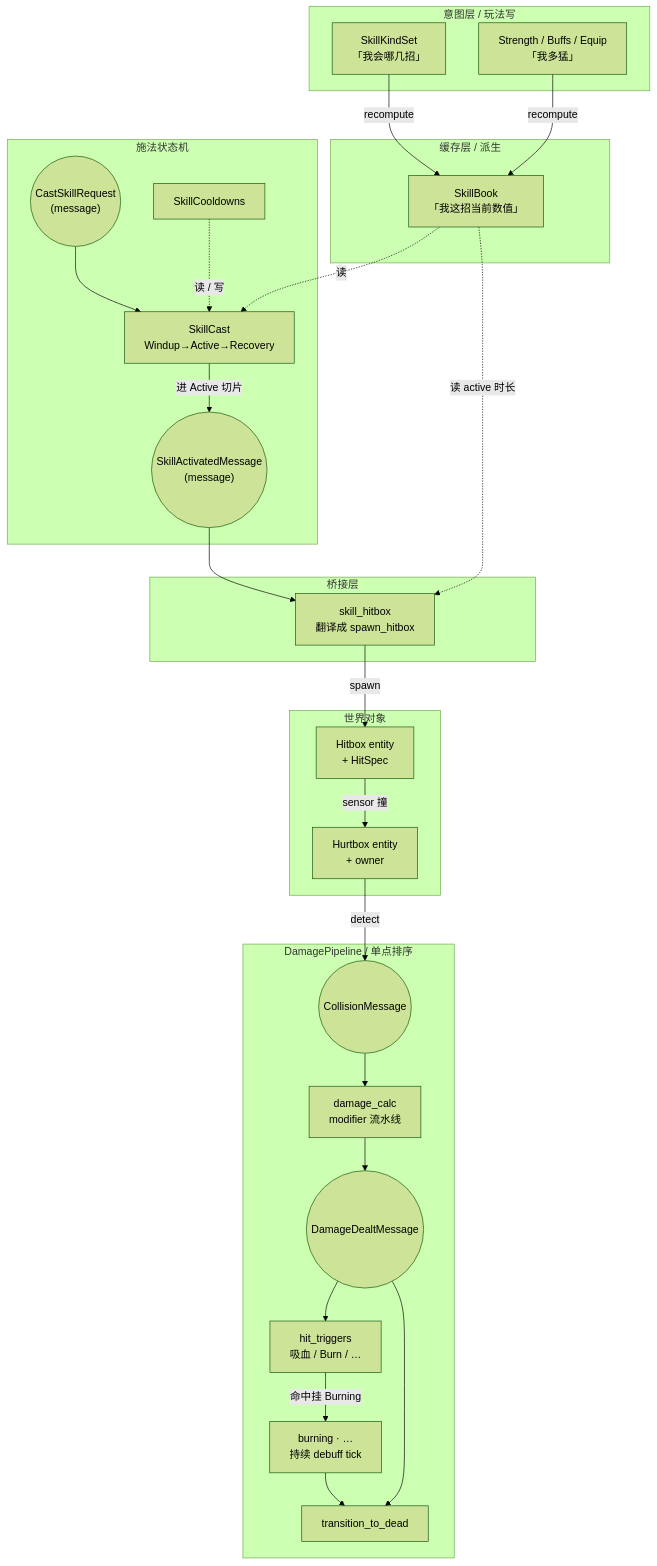
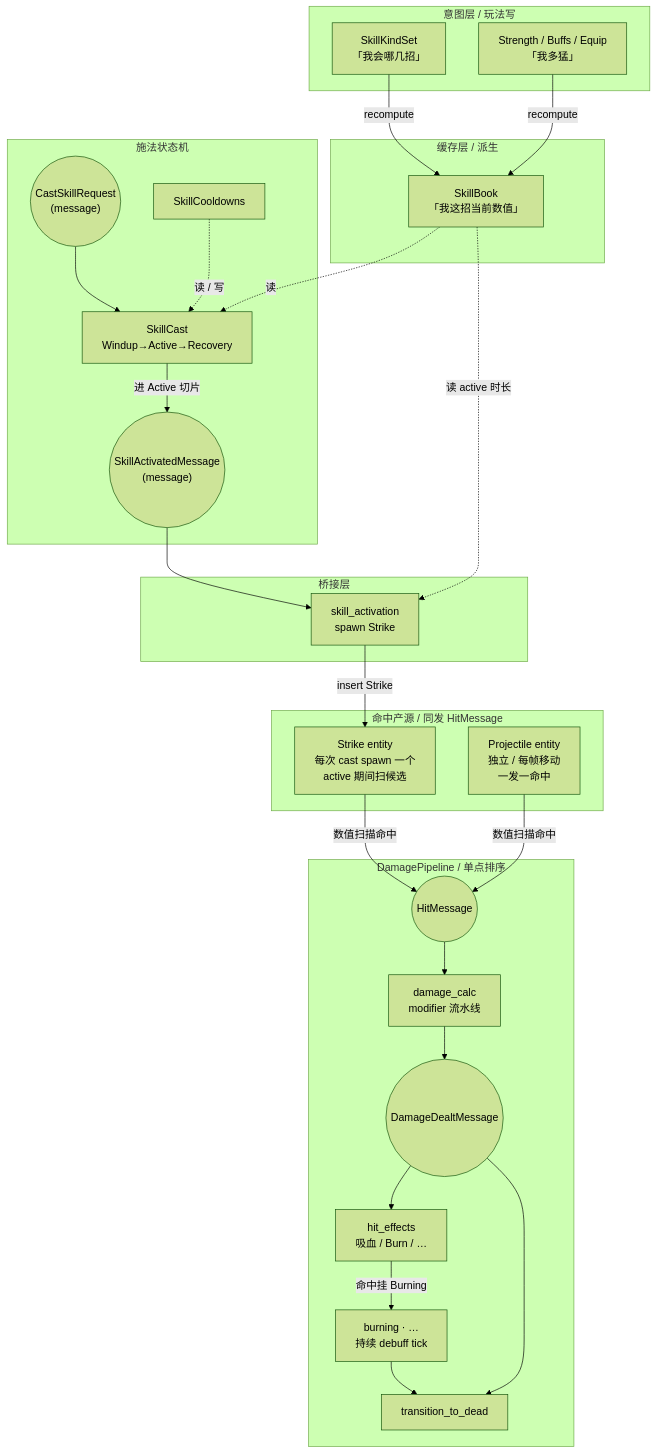
One commit to seekerlee/percussion changed the first of 12 diagrams in doc/skill-system.md. Above: the diagram before and after it, drawn with Mermaid (forest theme). The commit also changed other lines of this file, not shown here.

Commit message:
重写 doc/skill-system.md：同步到当前 Strike / CandidateSet / DamagePipeline

````diff
--- a/doc/skill-system.md
+++ b/doc/skill-system.md
@@ -25,54 +45,54 @@
 ```mermaid
 flowchart TD
     subgraph Intent[意图层 / 玩法写]
         SKS["SkillKindSet<br/>「我会哪几招」"]
         STR["Strength / Buffs / Equip<br/>「我多猛」"]
     end
 
     subgraph Cache[缓存层 / 派生]
         SB["SkillBook<br/>「我这招当前数值」"]
     end
 
     subgraph Casting[施法状态机]
         CDR(("CastSkillRequest<br/>(message)"))
         CD["SkillCooldowns"]
         SC["SkillCast<br/>Windup→Active→Recovery"]
         SAM(("SkillActivatedMessage<br/>(message)"))
     end
 
     subgraph Bridge[桥接层]
-        SH["skill_hitbox<br/>翻译成 spawn_hitbox"]
+        SA["skill_activation<br/>spawn Strike"]
     end
 
-    subgraph World[世界对象]
-        HB["Hitbox entity<br/>+ HitSpec"]
-        HX["Hurtbox entity<br/>+ owner"]
+    subgraph Source[命中产源 / 同发 HitMessage]
+        STK["Strike entity<br/>每次 cast spawn 一个<br/>active 期间扫候选"]
+        PRJ["Projectile entity<br/>独立 / 每帧移动<br/>一发一命中"]
     end
 
     subgraph Pipeline[DamagePipeline / 单点排序]
-        CM(("CollisionMessage"))
+        HM(("HitMessage"))
         DC["damage_calc<br/>modifier 流水线"]
         DDM(("DamageDealtMessage"))
-        HT["hit_triggers<br/>吸血 / Burn / …"]
+        HE["hit_effects<br/>吸血 / Burn / …"]
         PE["burning · …<br/>持续 debuff tick"]
         TR["transition_to_dead"]
     end
 
     SKS -- recompute --> SB
     STR -- recompute --> SB
     CDR --> SC
     SB -.读.-> SC
     CD -.读 / 写.-> SC
     SC -- 进 Active 切片 --> SAM
-    SAM --> SH
-    SB -.读 active 时长.-> SH
-    SH -- spawn --> HB
-    HB -- sensor 撞 --> HX
-    HX -- detect --> CM
-    CM --> DC
+    SAM --> SA
+    SB -.读 active 时长.-> SA
+    SA -- insert Strike --> STK
+    STK -- 数值扫描命中 --> HM
+    PRJ -- 数值扫描命中 --> HM
+    HM --> DC
     DC --> DDM
-    DDM --> HT
+    DDM --> HE
     DDM --> TR
-    HT -- 命中挂 Burning --> PE
+    HE -- 命中挂 Burning --> PE
     PE --> TR
 ```
````
